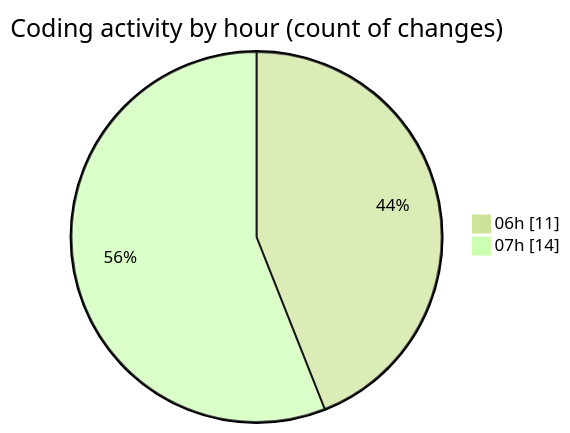
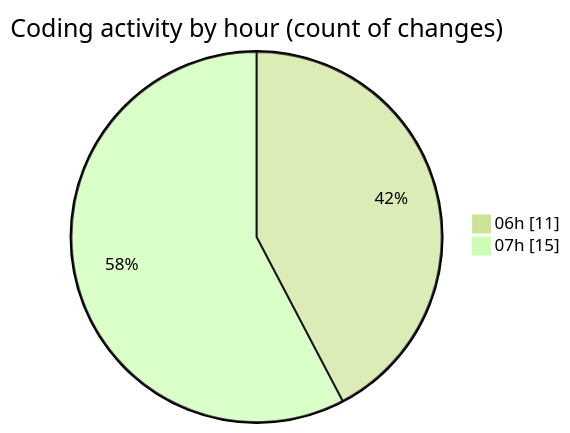
The second of 2 diagrams in 2025-01-22/mbc-web/README.md (robertbonfada/code-tracking), drawn with Mermaid (forest theme) before and after one commit. The commit also changed other lines of this file and 1 other file, not shown here.

````diff
--- a/2025-01-22/mbc-web/README.md
+++ b/2025-01-22/mbc-web/README.md
@@ -32,6 +32,6 @@
 ```mermaid
 pie showData
 title Coding activity by hour (count of changes)
 "06h" : 11
-"07h" : 14
+"07h" : 15
 ```
````
